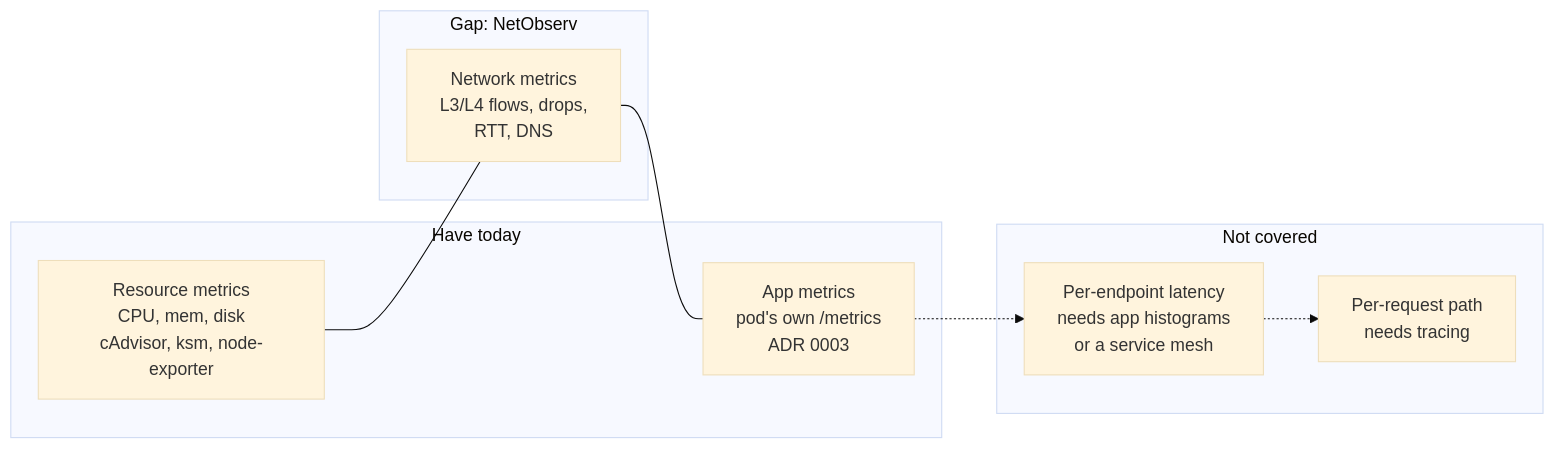
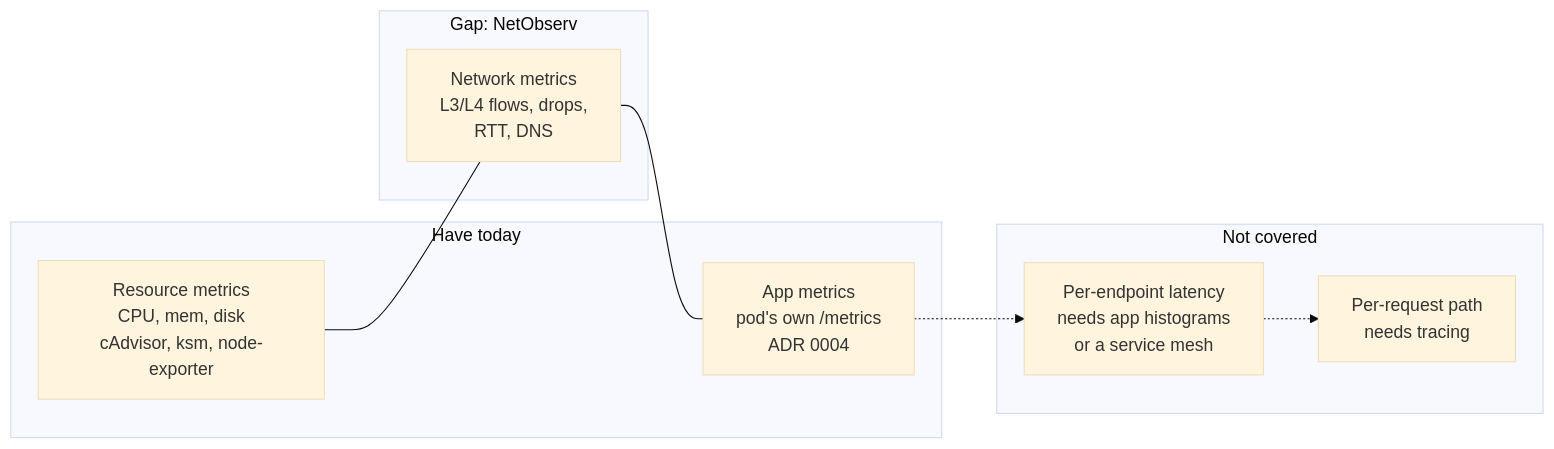
One commit to seanjin97/hack-multi-cluster-openshift-observability changed the first of 4 diagrams in doc/research/network-observability.md. Above: the diagram before and after it, drawn with Mermaid (base theme). The commit also changed 15 other files, not shown here.

````diff
--- a/doc/research/network-observability.md
+++ b/doc/research/network-observability.md
@@ -14,16 +14,16 @@
 ```mermaid
 flowchart LR
   subgraph have[Have today]
     res[Resource metrics<br/>CPU, mem, disk<br/>cAdvisor, ksm, node-exporter]
-    app[App metrics<br/>pod's own /metrics<br/>ADR 0003]
+    app[App metrics<br/>pod's own /metrics<br/>ADR 0004]
   end
   subgraph gap[Gap: NetObserv]
     net[Network metrics<br/>L3/L4 flows, drops,<br/>RTT, DNS]
   end
   subgraph not[Not covered]
     l7[Per-endpoint latency<br/>needs app histograms<br/>or a service mesh]
     trace[Per-request path<br/>needs tracing]
   end
   res --- net --- app
   app -.-> l7 -.-> trace
 ```
````
